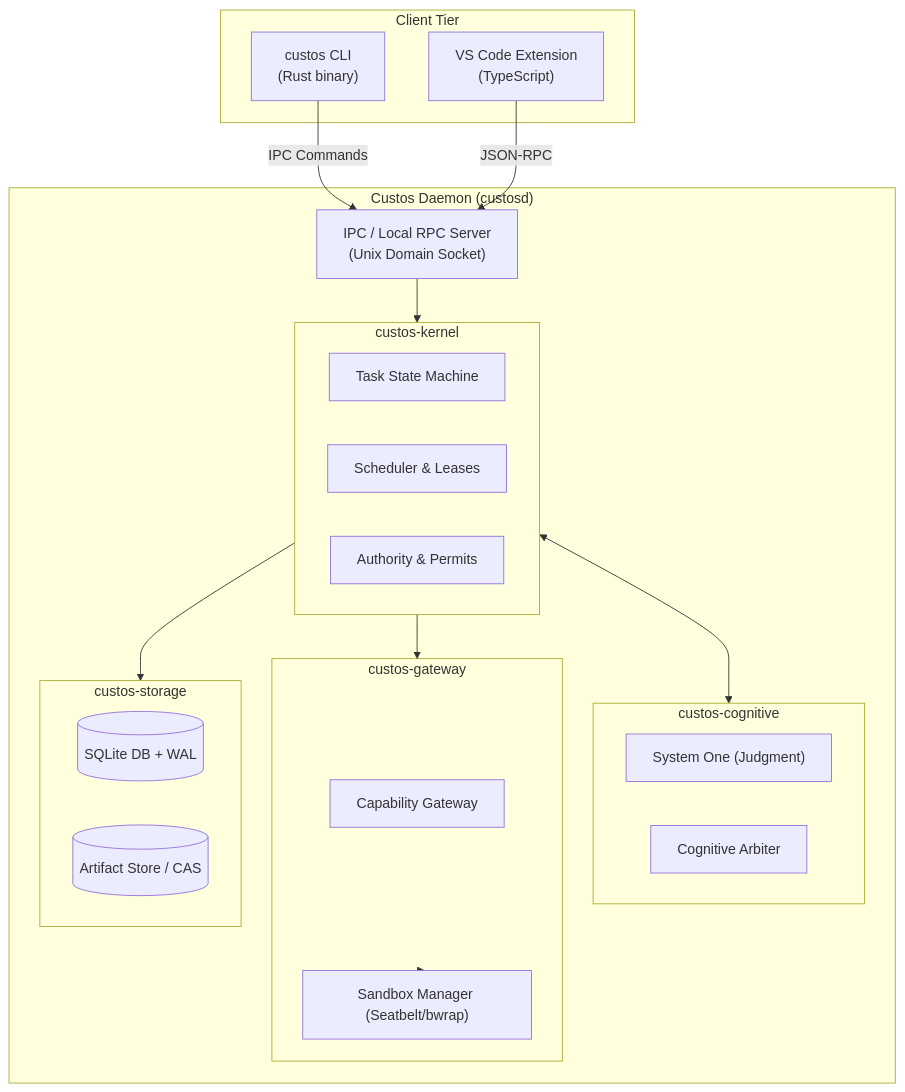
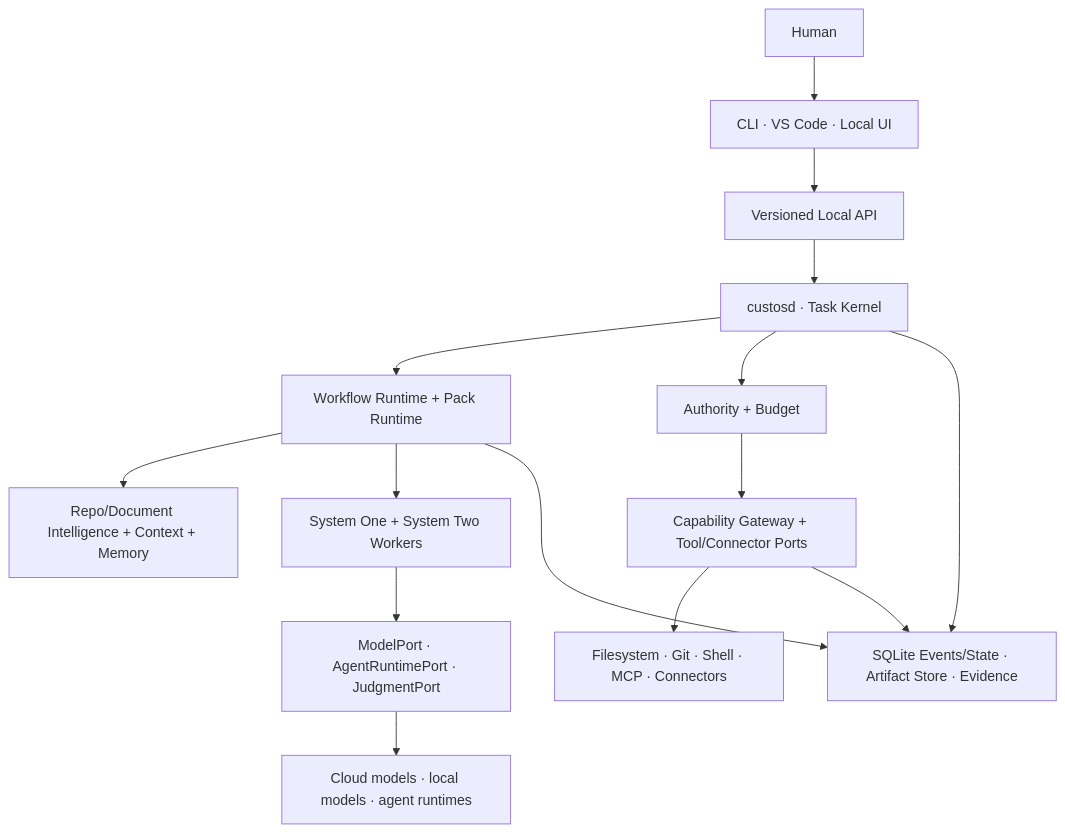
The second of 14 diagrams in docs/architecture/overview.md (civi0411/Custos), drawn with Mermaid before and after one commit. The commit also changed other lines of this file and 2528 other files, not shown here.

First line of the commit message:
feat: custos sovereign architecture full restructure

````diff
--- a/docs/architecture/overview.md
+++ b/docs/architecture/overview.md
@@ -153,43 +28,17 @@
 ```mermaid
 flowchart TB
-    subgraph Client["Client Tier"]
-        CLI["custos CLI
-(Rust binary)"]
-        VSC["VS Code Extension
-(TypeScript)"]
-    end
-
-    subgraph Daemon["Custos Daemon (custosd)"]
-        RPC["IPC / Local RPC Server
-(Unix Domain Socket)"]
-        
-        subgraph Kernel["custos-kernel"]
-            SM["Task State Machine"]
-            Scheduler["Scheduler & Leases"]
-            Auth["Authority & Permits"]
-        end
-        
-        subgraph Cog["custos-cognitive"]
-            S1["System One (Judgment)"]
-            Arb["Cognitive Arbiter"]
-        end
-        
-        subgraph Gateway["custos-gateway"]
-            CapGate["Capability Gateway"]
-            Sandbox["Sandbox Manager (Seatbelt/bwrap)"]
-        end
-        
-        subgraph Storage["custos-storage"]
-            DB[(SQLite DB + WAL)]
-            CAS[(Artifact Store / CAS)]
-        end
-    end
-
-    CLI -->|"IPC Commands"| RPC
-    VSC -->|"JSON-RPC"| RPC
-    RPC --> Kernel
-    Kernel <--> Cog
-    Kernel --> Gateway
-    Kernel --> Storage
-    Gateway --> Sandbox
+    HUMAN["Human"] --> UI["CLI · VS Code · Local UI"]
+    UI --> API["Versioned Local API"]
+    API --> KERNEL["custosd · Task Kernel"]
+    KERNEL --> FLOW["Workflow Runtime + Pack Runtime"]
+    KERNEL --> AUTH["Authority + Budget"]
+    FLOW --> KNOW["Repo/Document Intelligence + Context + Memory"]
+    FLOW --> COG["System One + System Two Workers"]
+    COG --> PORTS["ModelPort · AgentRuntimePort · JudgmentPort"]
+    PORTS --> BACKEND["Cloud models · local models · agent runtimes"]
+    AUTH --> GATE["Capability Gateway + Tool/Connector Ports"]
+    GATE --> TOOLS["Filesystem · Git · Shell · MCP · Connectors"]
+    KERNEL --> DATA["SQLite Events/State · Artifact Store · Evidence"]
+    GATE --> DATA
+    FLOW --> DATA
 ```
````
